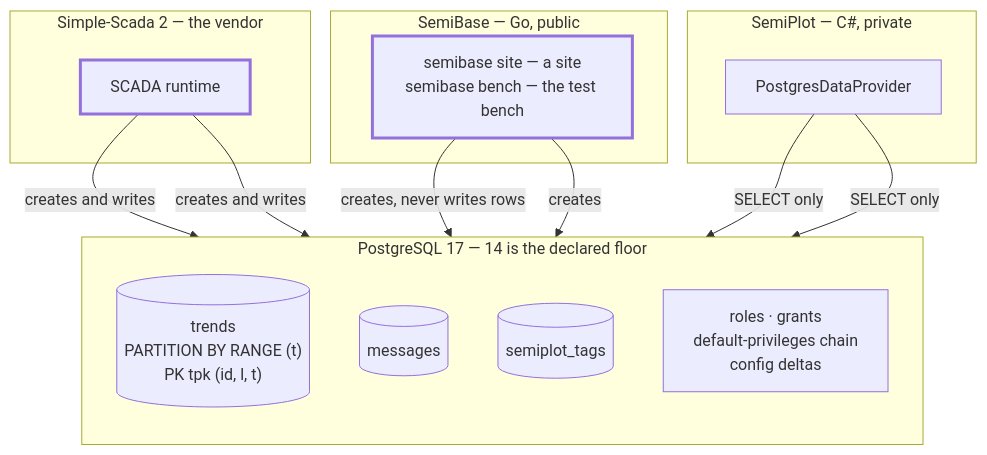
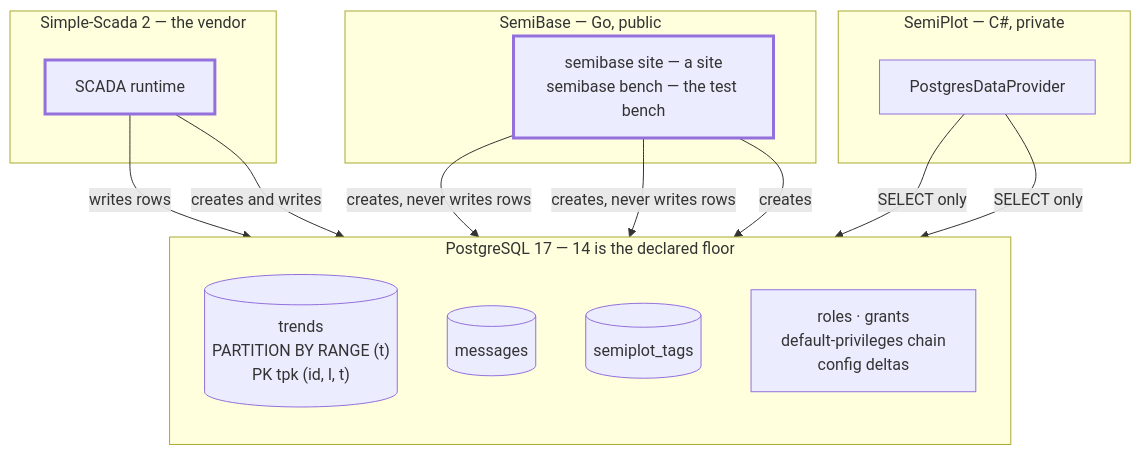
The first of 5 diagrams in docs/architecture/postgres-topology.md (Semiteq/SemiPlot), drawn with Mermaid before and after one commit. The commit also changed other lines of this file and 20 other files, not shown here.

````diff
--- a/docs/architecture/postgres-topology.md
+++ b/docs/architecture/postgres-topology.md
@@ -11,32 +11,33 @@
 ```mermaid
 flowchart TB
     subgraph vendor["Simple-Scada 2 — the vendor"]
         scada["SCADA runtime"]
     end
 
     subgraph semibase["SemiBase — Go, public"]
         prov["semibase site — a site<br/>semibase bench — the test bench"]
     end
 
     subgraph db["PostgreSQL 17 — 14 is the declared floor"]
         direction TB
         trends[("trends<br/>PARTITION BY RANGE (t)<br/>PK tpk (id, l, t)")]
         msgs[("messages")]
         tags[("semiplot_tags")]
         roles["roles · grants<br/>default-privileges chain<br/>config deltas"]
     end
 
     subgraph semiplot["SemiPlot — C#, private"]
         prov2["PostgresDataProvider"]
     end
 
-    scada -- "creates and writes" --> trends
+    scada -- "writes rows" --> trends
     scada -- "creates and writes" --> msgs
+    prov -- "creates, never writes rows" --> trends
     prov -- "creates, never writes rows" --> tags
     prov -- "creates" --> roles
     prov2 -- "SELECT only" --> trends
     prov2 -- "SELECT only" --> tags
 
     classDef write stroke-width:3px
     class scada,prov write
 ```
````
